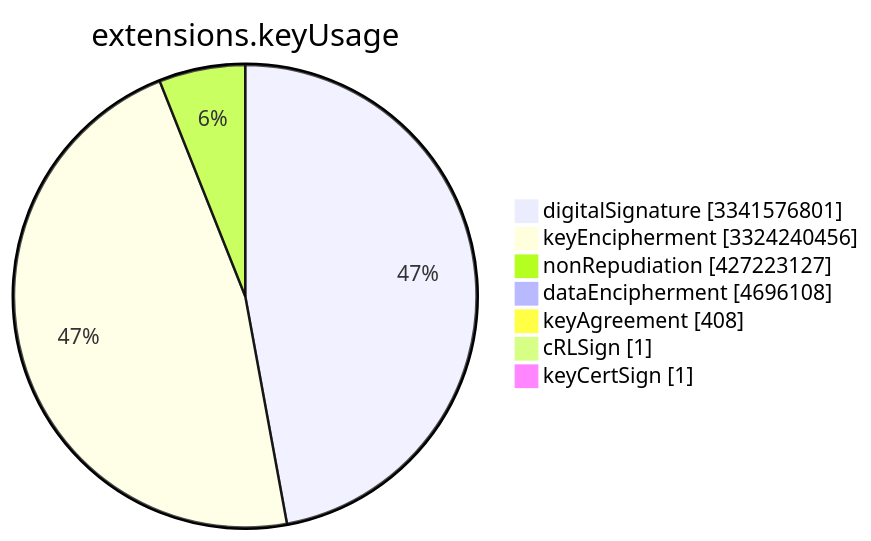
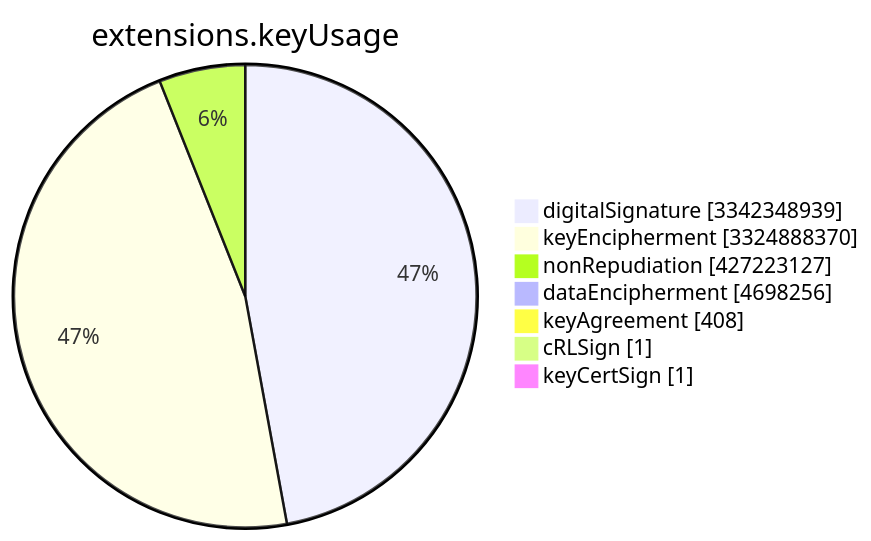
One commit to christiankrug/ctmonitor_visualization changed the sixth of 15 diagrams in TOTAL/README.md. Above: the diagram before and after it, drawn with Mermaid. The commit also changed other lines of this file, not shown here.

````diff
--- a/TOTAL/README.md
+++ b/TOTAL/README.md
@@ -3078,11 +3079,11 @@
 ```mermaid
 pie showData
 title extensions.keyUsage
-"digitalSignature" :3341576801
-"keyEncipherment" :3324240456
+"digitalSignature" :3342348939
+"keyEncipherment" :3324888370
 "nonRepudiation" :427223127
-"dataEncipherment" :4696108
+"dataEncipherment" :4698256
 "keyAgreement" :408
 "cRLSign" :1
 "keyCertSign" :1
 ```
````
